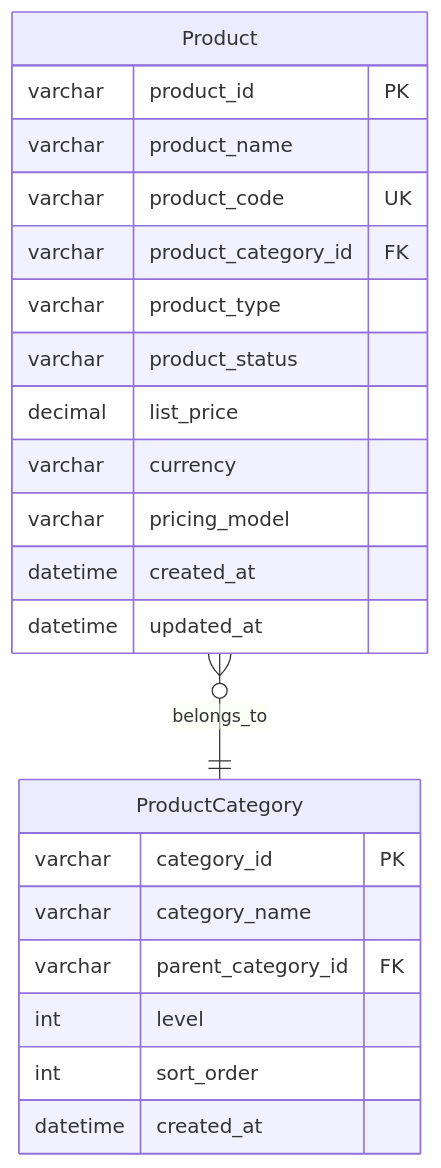
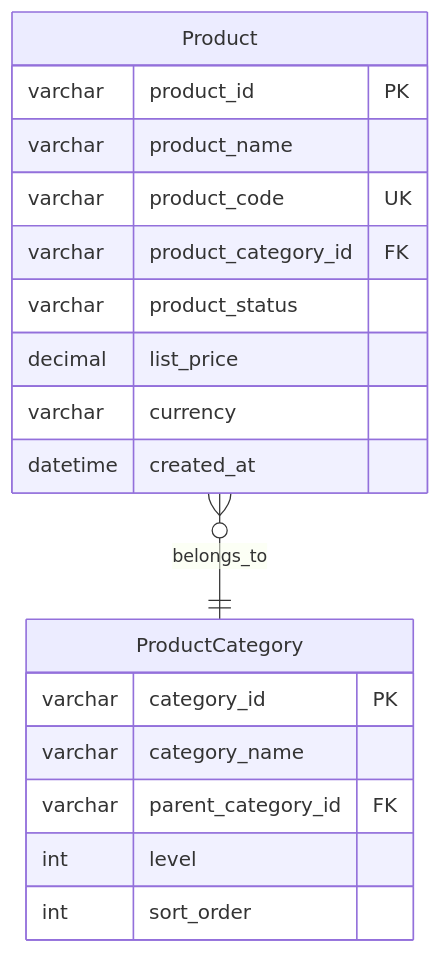
One commit to 312268112/advanced-java changed diagram 11 of 25 in docs/b2b-cdp-entity-design.md. Above: the diagram before and after it, drawn with Mermaid. The commit also changed other lines of this file, not shown here.

````diff
--- a/docs/b2b-cdp-entity-design.md
+++ b/docs/b2b-cdp-entity-design.md
@@ -608,27 +468,23 @@
 ```mermaid
 erDiagram
     Product }o--|| ProductCategory : belongs_to
     
     Product {
         varchar product_id PK
         varchar product_name
         varchar product_code UK
         varchar product_category_id FK
-        varchar product_type
         varchar product_status
         decimal list_price
         varchar currency
-        varchar pricing_model
         datetime created_at
-        datetime updated_at
     }
     
     ProductCategory {
         varchar category_id PK
         varchar category_name
         varchar parent_category_id FK
         int level
         int sort_order
-        datetime created_at
     }
 ```
````
